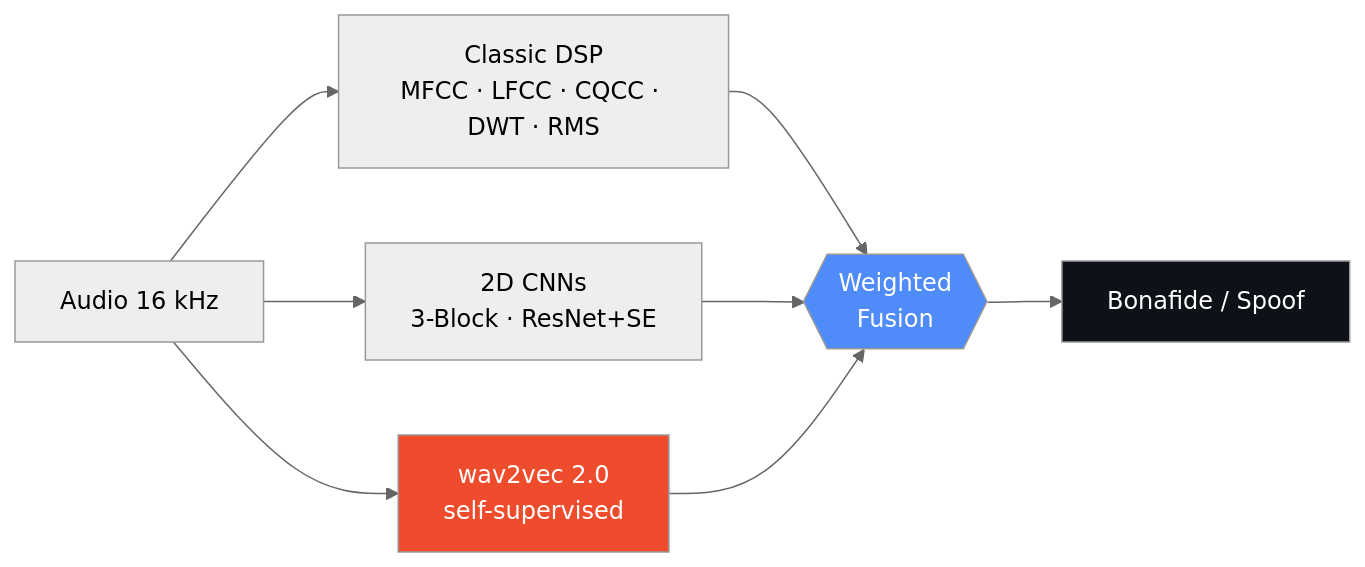
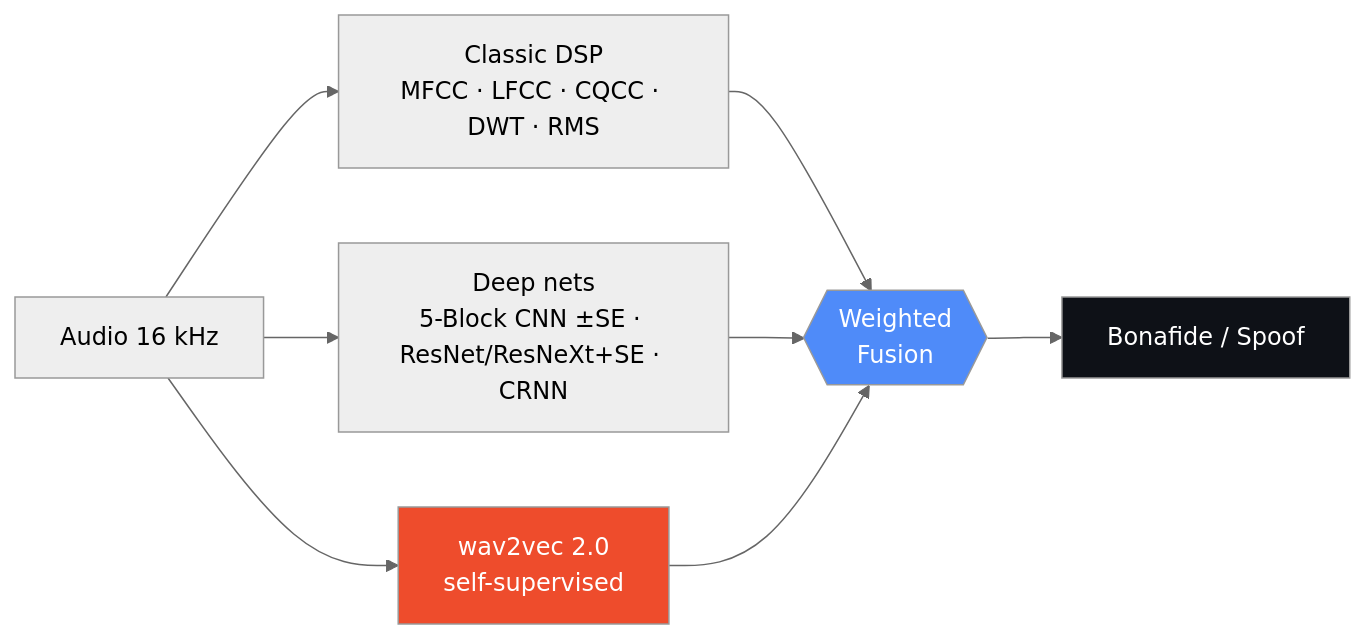
Before and after one commit to Sampeerez/Deepfake-Audio-Detection: the diagram in README.md, drawn with Mermaid (neutral theme). The commit also changed other lines of this file and 34 other files, not shown here.

Commit message:
Add ResNeXt+SE & CRNN architectures, multi-seed unseen-attack training, per-model decision thresholds in Test-an-audio, and leaderboard/split-analysis overhaul

````diff
--- a/README.md
+++ b/README.md
@@ -43,13 +43,13 @@
 ```mermaid
 flowchart LR
     A[Audio 16 kHz] --> B[Classic DSP<br/>MFCC · LFCC · CQCC · DWT · RMS]
-    A --> C[2D CNNs<br/>3-Block · ResNet+SE]
+    A --> C[Deep nets<br/>5-Block CNN ±SE · ResNet/ResNeXt+SE · CRNN]
     A --> D[wav2vec 2.0<br/>self-supervised]
     B --> E{{Weighted<br/>Fusion}}
     C --> E
     D --> E
     E --> F[Bonafide / Spoof]
     style D fill:#EE4C2C,color:#fff
     style E fill:#4F8BF9,color:#fff
     style F fill:#0E1117,color:#fff
 ```
````
